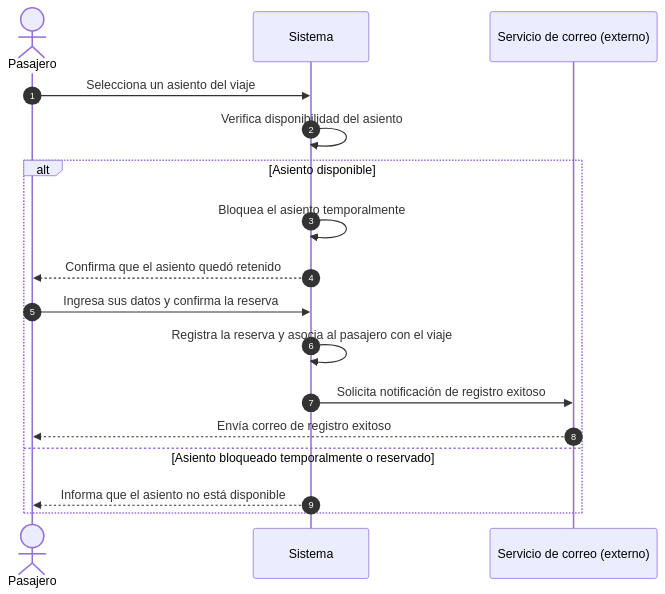
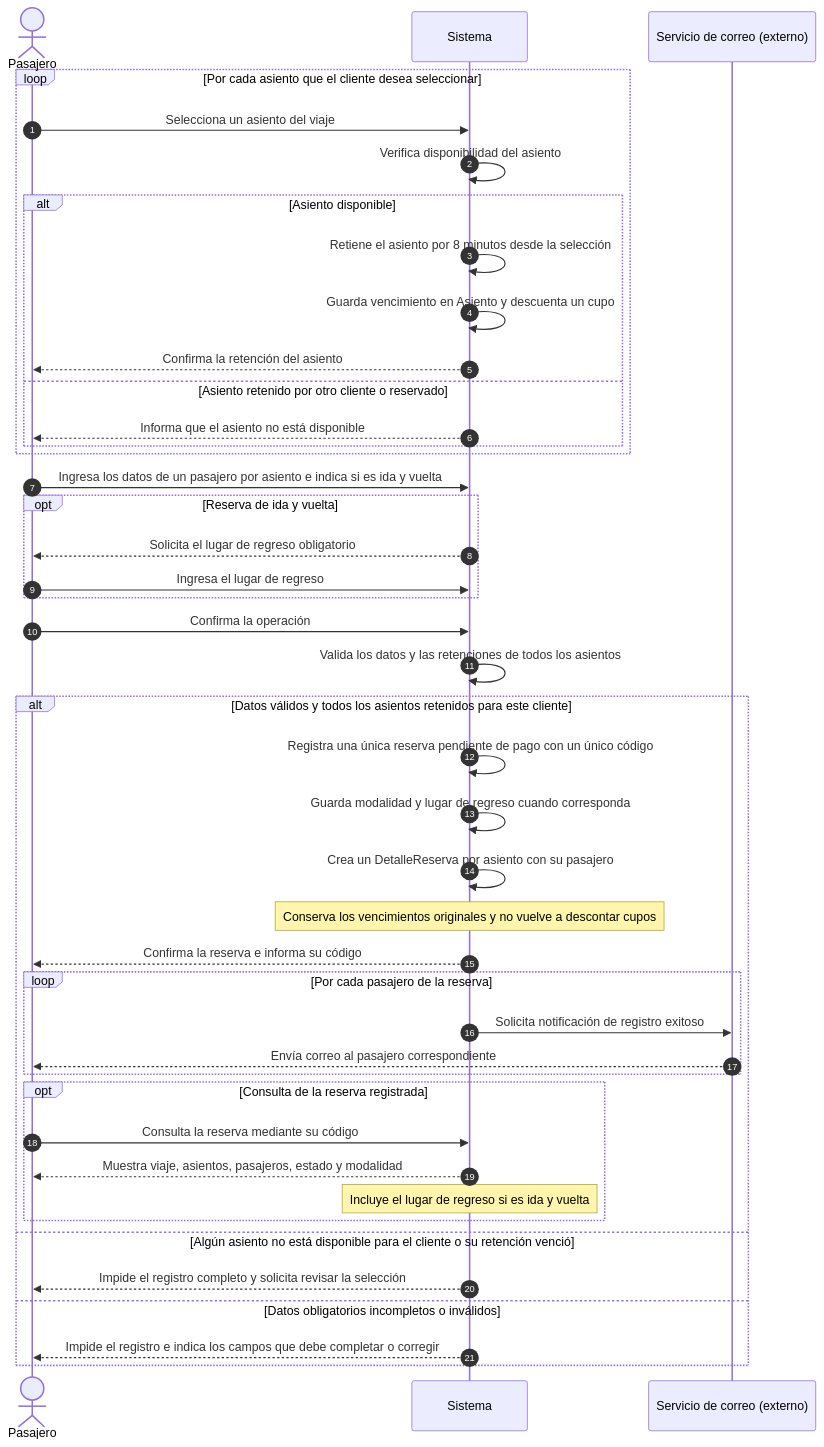
One commit to IngReqGrupo2/Proyecto_TransporteHaciaConcierto changed the diagram in diagramas/dss-01.mmd. Above: the diagram before and after it, drawn with Mermaid. The commit also changed 9 other files, not shown here.

```diff
--- a/diagramas/dss-01.mmd
+++ b/diagramas/dss-01.mmd
@@ -1,19 +1,49 @@
 sequenceDiagram
     autonumber
     actor Pasajero
     participant Sistema
     participant Correo as Servicio de correo (externo)
 
-    Pasajero->>Sistema: Selecciona un asiento del viaje
-    Sistema->>Sistema: Verifica disponibilidad del asiento
+    loop Por cada asiento que el cliente desea seleccionar
+        Pasajero->>Sistema: Selecciona un asiento del viaje
+        Sistema->>Sistema: Verifica disponibilidad del asiento
+        alt Asiento disponible
+            Sistema->>Sistema: Retiene el asiento por 8 minutos desde la selección
+            Sistema->>Sistema: Guarda vencimiento en Asiento y descuenta un cupo
+            Sistema-->>Pasajero: Confirma la retención del asiento
+        else Asiento retenido por otro cliente o reservado
+            Sistema-->>Pasajero: Informa que el asiento no está disponible
+        end
+    end
 
-    alt Asiento disponible
-        Sistema->>Sistema: Bloquea el asiento temporalmente
-        Sistema-->>Pasajero: Confirma que el asiento quedó retenido
-        Pasajero->>Sistema: Ingresa sus datos y confirma la reserva
-        Sistema->>Sistema: Registra la reserva y asocia al pasajero con el viaje
-        Sistema->>Correo: Solicita notificación de registro exitoso
-        Correo-->>Pasajero: Envía correo de registro exitoso
-    else Asiento bloqueado temporalmente o reservado
-        Sistema-->>Pasajero: Informa que el asiento no está disponible
+    Pasajero->>Sistema: Ingresa los datos de un pasajero por asiento e indica si es ida y vuelta
+    opt Reserva de ida y vuelta
+        Sistema-->>Pasajero: Solicita el lugar de regreso obligatorio
+        Pasajero->>Sistema: Ingresa el lugar de regreso
     end
+
+    Pasajero->>Sistema: Confirma la operación
+    Sistema->>Sistema: Valida los datos y las retenciones de todos los asientos
+
+    alt Datos válidos y todos los asientos retenidos para este cliente
+        Sistema->>Sistema: Registra una única reserva pendiente de pago con un único código
+        Sistema->>Sistema: Guarda modalidad y lugar de regreso cuando corresponda
+        Sistema->>Sistema: Crea un DetalleReserva por asiento con su pasajero
+        Note over Sistema: Conserva los vencimientos originales y no vuelve a descontar cupos
+        Sistema-->>Pasajero: Confirma la reserva e informa su código
+
+        loop Por cada pasajero de la reserva
+            Sistema->>Correo: Solicita notificación de registro exitoso
+            Correo-->>Pasajero: Envía correo al pasajero correspondiente
+        end
+
+        opt Consulta de la reserva registrada
+            Pasajero->>Sistema: Consulta la reserva mediante su código
+            Sistema-->>Pasajero: Muestra viaje, asientos, pasajeros, estado y modalidad
+            Note over Sistema: Incluye el lugar de regreso si es ida y vuelta
+        end
+    else Algún asiento no está disponible para el cliente o su retención venció
+        Sistema-->>Pasajero: Impide el registro completo y solicita revisar la selección
+    else Datos obligatorios incompletos o inválidos
+        Sistema-->>Pasajero: Impide el registro e indica los campos que debe completar o corregir
+    end
```
